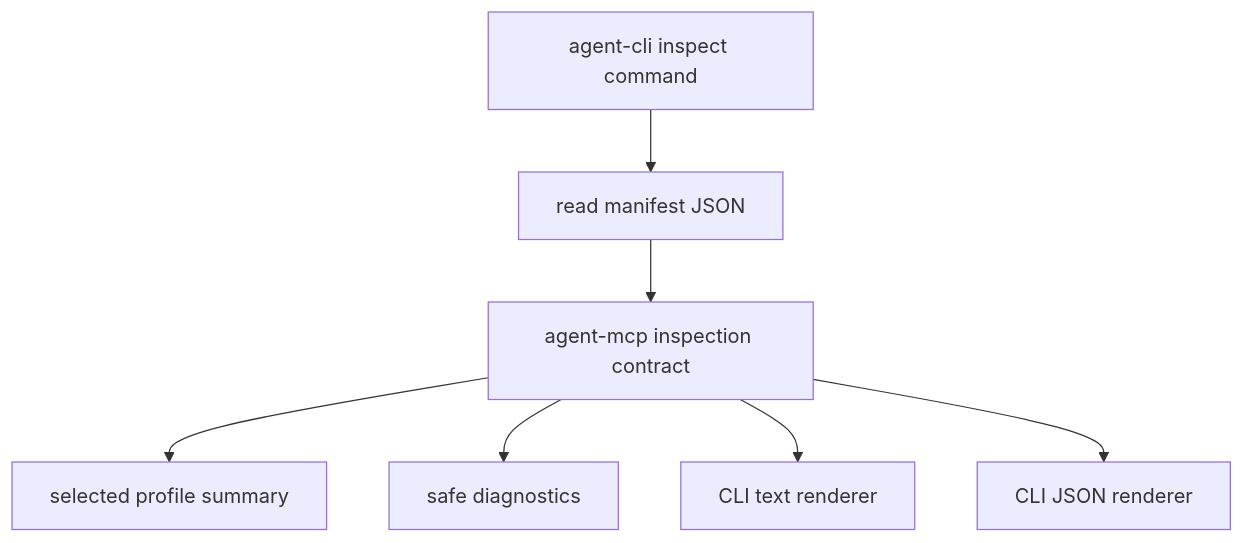
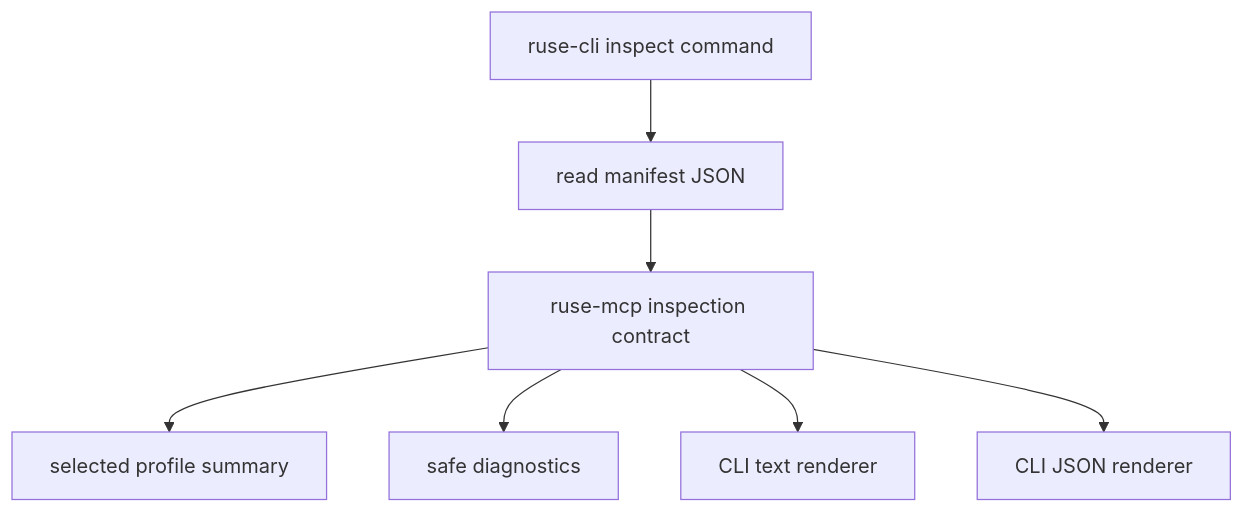
The diagram in docs/specs/M34-mcp-export-profile-inspection.spec.md (poneding/agent), drawn with Mermaid before and after one commit. The commit also changed other lines of this file and 2091 other files, not shown here.

First line of the commit message:
refactor: rename agent branding to ruse

````diff
--- a/docs/specs/M34-mcp-export-profile-inspection.spec.md
+++ b/docs/specs/M34-mcp-export-profile-inspection.spec.md
@@ -32,9 +32,9 @@
 ```mermaid
 flowchart TD
-  CLI["agent-cli inspect command"] --> Manifest["read manifest JSON"]
-  Manifest --> Inspect["agent-mcp inspection contract"]
+  CLI["ruse-cli inspect command"] --> Manifest["read manifest JSON"]
+  Manifest --> Inspect["ruse-mcp inspection contract"]
   Inspect --> Profile["selected profile summary"]
   Inspect --> Diagnostics["safe diagnostics"]
   Inspect --> Text["CLI text renderer"]
   Inspect --> Json["CLI JSON renderer"]
 ```
````
